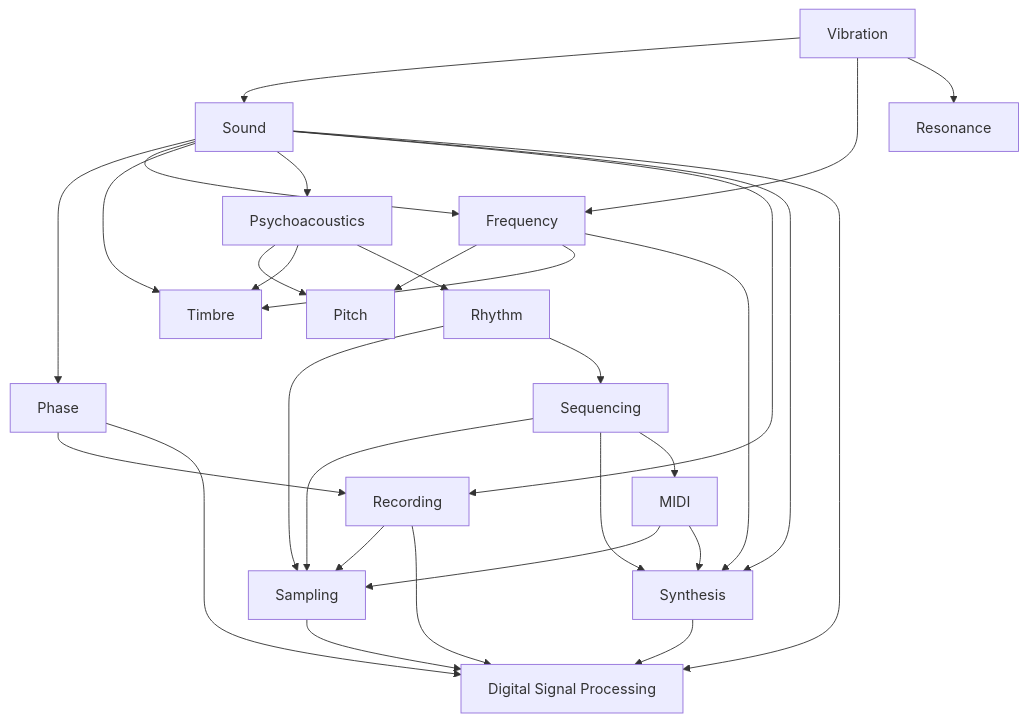
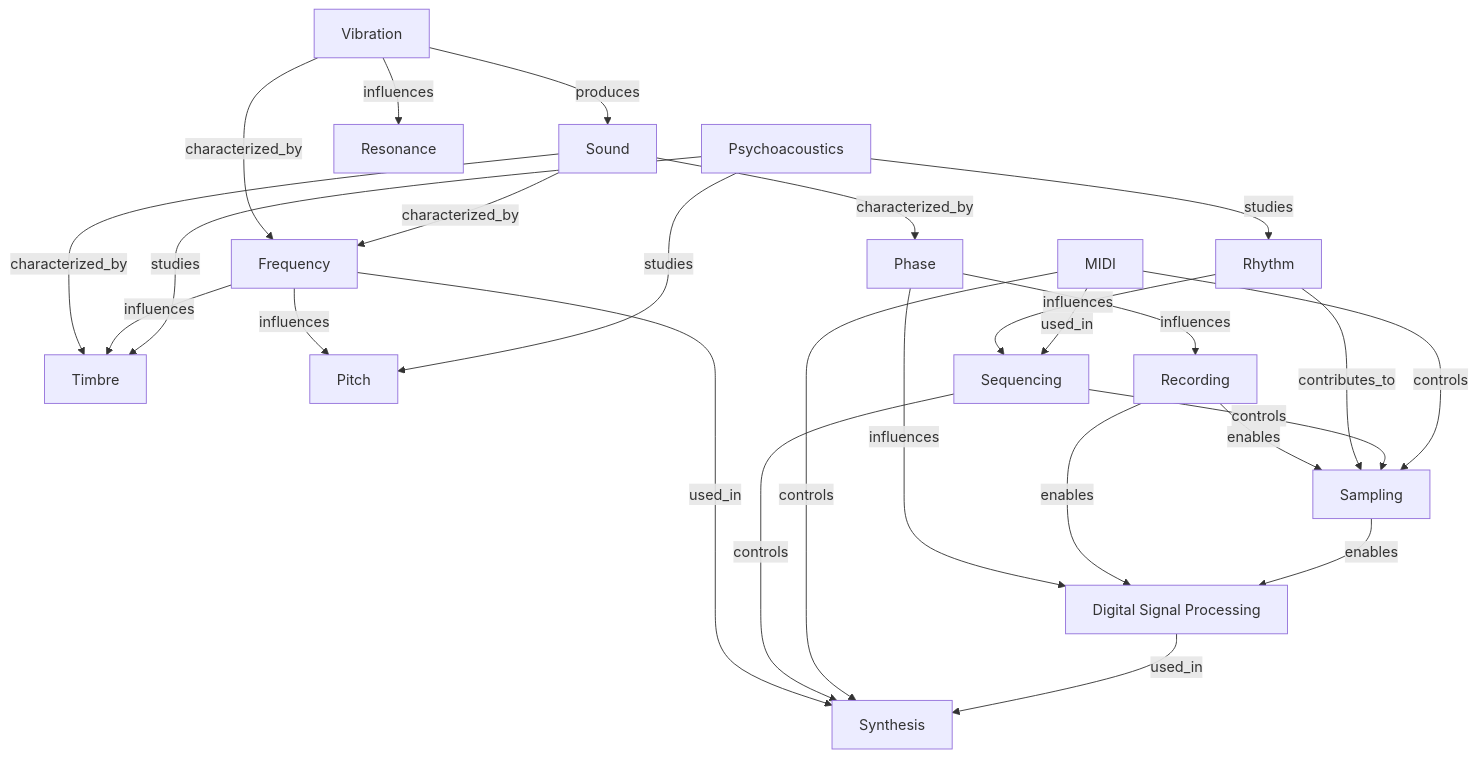
The diagram in docs/session-node-map.md (britbufkin1225-web/audiomuse), drawn with Mermaid before and after one commit. The commit also changed other lines of this file and 22 other files, not shown here.

Commit message:
Implement Phase 4 typed relationship graph

````diff
--- a/docs/session-node-map.md
+++ b/docs/session-node-map.md
@@ -51,36 +49,32 @@
 ```mermaid
 graph TD
-    VIBRATION[Vibration] --> SOUND[Sound]
-    VIBRATION --> FREQUENCY[Frequency]
-    VIBRATION --> RESONANCE[Resonance]
+    VIBRATION[Vibration] -- produces --> SOUND[Sound]
+    VIBRATION -- characterized_by --> FREQUENCY[Frequency]
+    VIBRATION -- influences --> RESONANCE[Resonance]
 
-    SOUND --> PHASE[Phase]
-    SOUND --> FREQUENCY
-    SOUND --> TIMBRE[Timbre]
-    SOUND --> PSYCHO[Psychoacoustics]
-    SOUND --> RECORDING[Recording]
-    SOUND --> SYNTHESIS[Synthesis]
-    SOUND --> DSP[Digital Signal Processing]
+    SOUND -- characterized_by --> PHASE[Phase]
+    SOUND -- characterized_by --> FREQUENCY
+    SOUND -- characterized_by --> TIMBRE[Timbre]
 
-    FREQUENCY --> PITCH[Pitch]
-    FREQUENCY --> TIMBRE
-    FREQUENCY --> SYNTHESIS
-    PHASE --> RECORDING
-    PHASE --> DSP
+    FREQUENCY -- influences --> PITCH[Pitch]
+    FREQUENCY -- influences --> TIMBRE
+    FREQUENCY -- used_in --> SYNTHESIS[Synthesis]
+    PHASE -- influences --> RECORDING[Recording]
+    PHASE -- influences --> DSP[Digital Signal Processing]
 
-    PSYCHO --> PITCH
-    PSYCHO --> TIMBRE
-    PSYCHO --> RHYTHM[Rhythm]
+    PSYCHO[Psychoacoustics] -- studies --> PITCH
+    PSYCHO -- studies --> TIMBRE
+    PSYCHO -- studies --> RHYTHM[Rhythm]
 
-    RECORDING --> SAMPLING[Sampling]
-    RECORDING --> DSP
-    RHYTHM --> SAMPLING
-    RHYTHM --> SEQUENCING[Sequencing]
-    SEQUENCING --> SAMPLING
-    SEQUENCING --> SYNTHESIS
-    SEQUENCING --> MIDI[MIDI]
-    MIDI --> SAMPLING
-    MIDI --> SYNTHESIS
-    SYNTHESIS --> DSP
-    SAMPLING --> DSP
+    RECORDING -- enables --> SAMPLING[Sampling]
+    RECORDING -- enables --> DSP
+    RHYTHM -- contributes_to --> SAMPLING
+    RHYTHM -- influences --> SEQUENCING[Sequencing]
+    SEQUENCING -- controls --> SAMPLING
+    SEQUENCING -- controls --> SYNTHESIS
+    MIDI[MIDI] -- used_in --> SEQUENCING
+    MIDI -- controls --> SAMPLING
+    MIDI -- controls --> SYNTHESIS
+    DSP -- used_in --> SYNTHESIS
+    SAMPLING -- enables --> DSP
 ```
````
